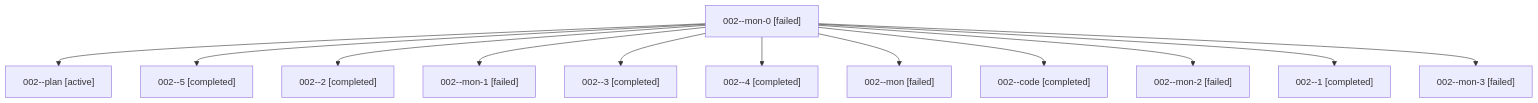
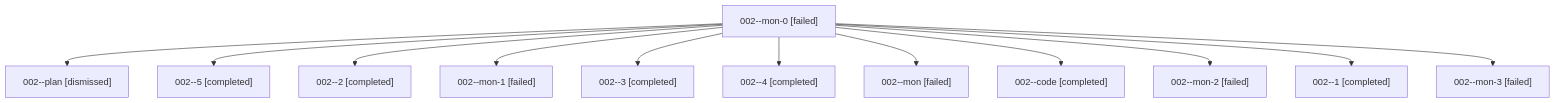
The diagram in sessions/bbugyi200.athena.002.md (sase-org/sase--agents), drawn with Mermaid before and after one commit. The commit also changed other lines of this file and 38 other files, not shown here.

````diff
--- a/sessions/bbugyi200.athena.002.md
+++ b/sessions/bbugyi200.athena.002.md
@@ -9,26 +9,26 @@
 ```mermaid
 flowchart TD
   n0["002--mon-0 [failed]"]
-  n1["002--plan [active]"]
+  n1["002--plan [dismissed]"]
   n0 --> n1
   n2["002--5 [completed]"]
   n0 --> n2
   n3["002--2 [completed]"]
   n0 --> n3
   n4["002--mon-1 [failed]"]
   n0 --> n4
   n5["002--3 [completed]"]
   n0 --> n5
   n6["002--4 [completed]"]
   n0 --> n6
   n7["002--mon [failed]"]
   n0 --> n7
   n8["002--code [completed]"]
   n0 --> n8
   n9["002--mon-2 [failed]"]
   n0 --> n9
   n10["002--1 [completed]"]
   n0 --> n10
   n11["002--mon-3 [failed]"]
   n0 --> n11
 ```
````
